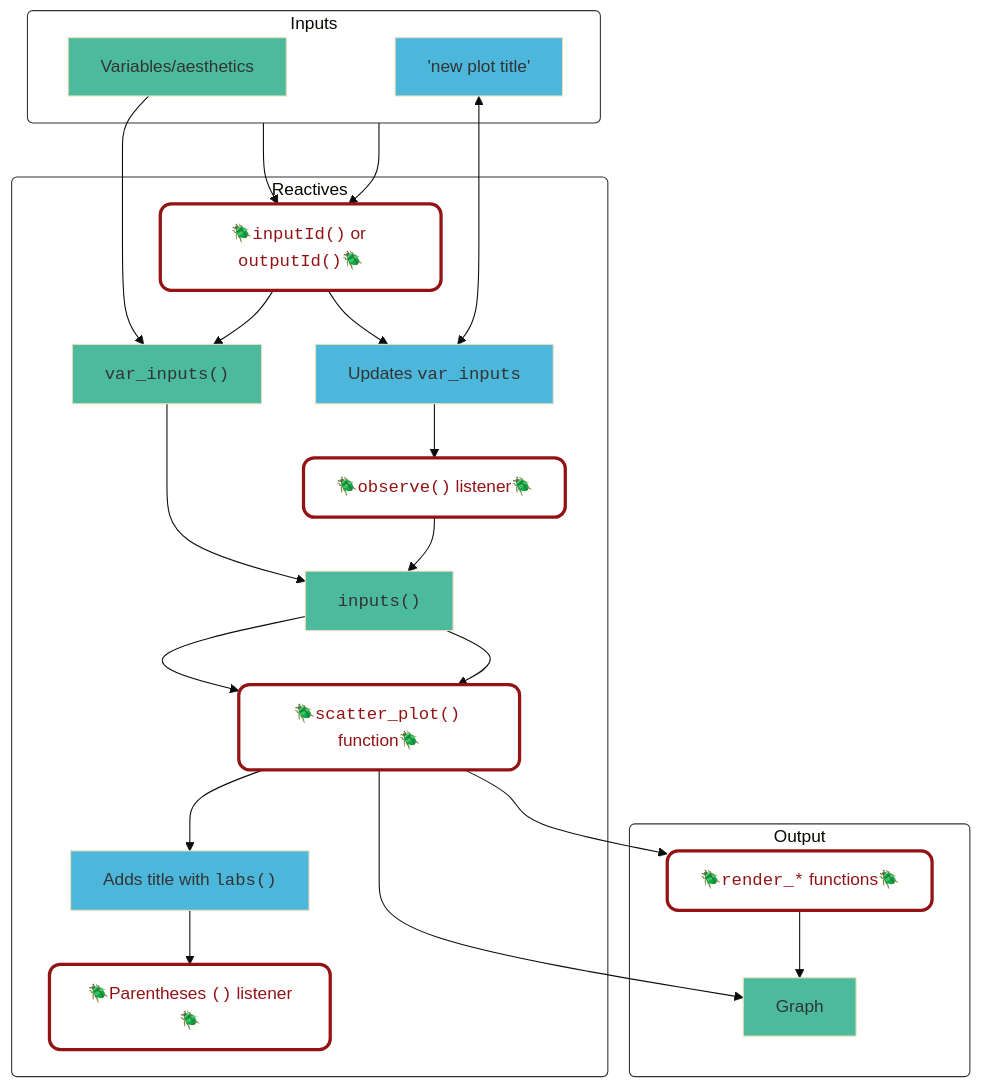
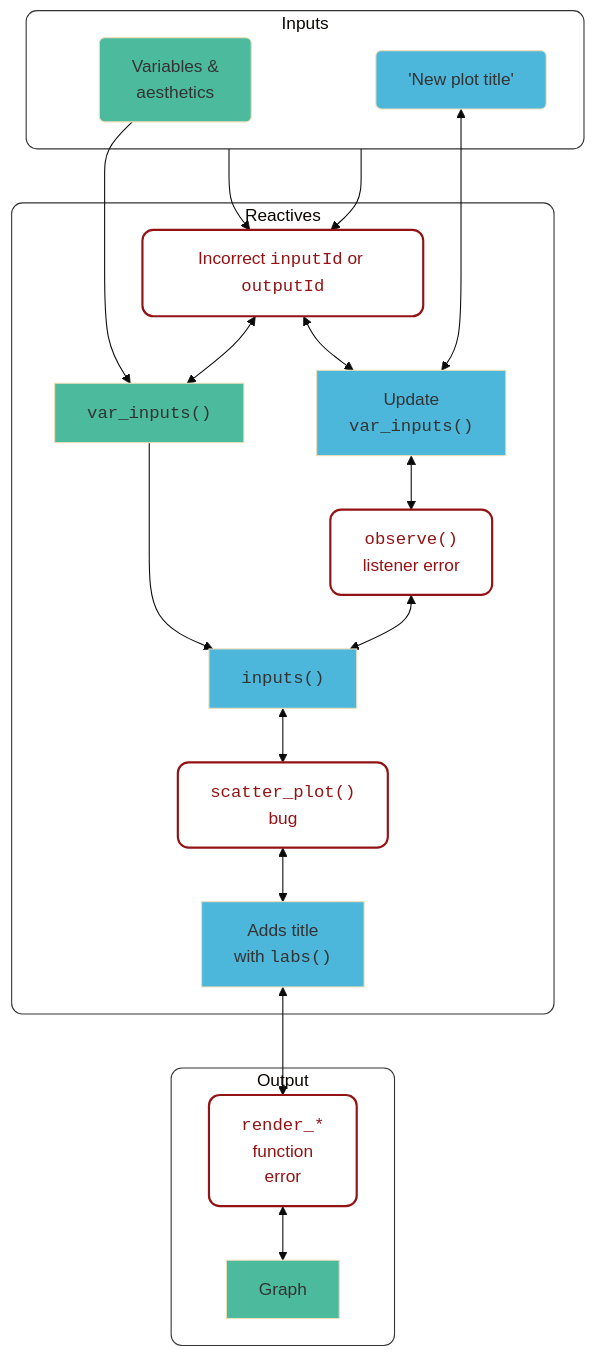
The third of 3 diagrams in debug.qmd (mjfrigaard/shiny-app-pkgs), drawn with Mermaid before and after one commit. The commit also changed other lines of this file and 32 other files, not shown here.

Commit message:
updates to debugging mermaid charts

````diff
--- a/debug.qmd
+++ b/debug.qmd
@@ -403,60 +414,68 @@
 ```{mermaid}
 %%| label: bugs_reactive
-%%| fig-width: 5
-%%| fig-height: 6
 %%| fig-align: center
 %%| fig-cap: '*Possible locations of bugs in a reactive model*'
 %%{init: {'theme': 'base', 'themeVariables': { 'fontFamily': 'monospace'}}}%%
-flowchart TD
+flowchart 
     subgraph Inputs["Inputs"]
-        VarInput[Variables/aesthetics]
-        TitleInput["'new plot title'"]
+        InputsVars["Variables & 
+                   aesthetics"]
+        InputsTitle[" 'New plot title' "]
         
     end
+    
     subgraph React["Reactives"]
-        R1["<code>var_inputs()</code>"]
-        R2["<code>inputs()</code>"]
-        R3["Updates <code>var_inputs</code>"]
-        R4["Adds title with <code>labs()</code>"]
-        B1["🪲<code>inputId()</code> or <code>outputId()</code>🪲"]
-        B2["🪲<code>scatter_plot()</code> function🪲"]
-        B3["🪲<code>observe()</code> listener🪲"]
-        B3["🪲<code>observe()</code> listener🪲"]
-        B4["🪲Parentheses <code>()</code> listener🪲"]
+        ReactVarInput["<code>var_inputs()</code>"]
+        ReactInput["<code>inputs()</code>"]
+        ReactUpdateVarInput["Update
+                             <code>var_inputs()</code>"]
+        ReactLabsTitle["Adds title 
+                        with <code>labs()</code>"]
+        BugIds["Incorrect <code>inputId</code> or <code>outputId</code>"]
+        BugObsListen["<code>observe()</code> 
+                      listener error"]
+        BugPlotFun["<code>scatter_plot()</code> 
+                    bug"]
+        
     end
+    
     subgraph Output["Output"]
-        O1[Graph]
-        B5["🪲<code>render_*</code> functions🪲"]
+        OutputGraph[Graph]
+        BugRenderFuns["<code>render_*</code> 
+                       function 
+                       error"]
     end
-    VarInput --> R1
-    Inputs --> B1 --> R1 
-    Inputs --> B1 --> R3
-    TitleInput <--> R3
-    R1 --> R2
-    R2 --> B2
-    B2 --> R4
-    R3 --> B3
-    B3 --> R2
-    R2 --> B2
-    B2 --> O1
-    R4 --> B4
-    B2 --> B5
-    B5 --> O1
 
 
-    style Inputs fill:#FFFFFF,stroke:#333,stroke-width:1px,rx:5,ry:5
-    style React fill:#FFFFFF,stroke:#333,stroke-width:1px,rx:5,ry:5
-    style Output fill:#FFFFFF,stroke:#333,stroke-width:1px,rx:5,ry:5
-    style VarInput fill:#4CBB9D
-    style TitleInput fill:#4CB7DB
-    style B1 fill:#FFFFFF,color:#931314,stroke:#931314,stroke-width:3px,rx:10,ry:10
-    style B2 fill:#FFFFFF,color:#931314,stroke:#931314,stroke-width:3px,rx:10,ry:10
-    style B3 fill:#FFFFFF,color:#931314,stroke:#931314,stroke-width:3px,rx:10,ry:10
-    style B4 fill:#FFFFFF,color:#931314,stroke:#931314,stroke-width:3px,rx:10,ry:10
-    style B5 fill:#FFFFFF,color:#931314,stroke:#931314,stroke-width:3px,rx:10,ry:10
-    style R1 fill:#4CBB9D
-    style R2 fill:#4CBB9D
-    style R3 fill:#4CB7DB
-    style R4 fill:#4CB7DB
-    style O1 fill:#4CBB9D
+    InputsVars --> ReactVarInput
+    Inputs --> BugIds <--> ReactVarInput 
+    Inputs --> BugIds <--> ReactUpdateVarInput
+    InputsTitle <--> ReactUpdateVarInput
+
+    ReactVarInput --> ReactInput 
+    ReactUpdateVarInput <--> BugObsListen
+    BugObsListen <--> ReactInput
+    ReactInput <--> BugPlotFun <--> ReactLabsTitle
+
+    ReactLabsTitle <--> BugRenderFuns <--> OutputGraph
+
+
+    style Inputs fill:#FFFFFF,stroke:#333,stroke-width:1px,rx:10,ry:10
+    style React fill:#FFFFFF,stroke:#333,stroke-width:1px,rx:10,ry:10
+    style Output fill:#FFFFFF,stroke:#333,stroke-width:1px,rx:10,ry:10
+    
+    style InputsVars fill:#4CBB9D,rx:5,ry:5
+    style InputsTitle fill:#4CB7DB,rx:5,ry:5
+
+    style ReactVarInput fill:#4CBB9D
+    style ReactInput fill:#4CB7DB
+    style ReactUpdateVarInput fill:#4CB7DB
+    style ReactLabsTitle fill:#4CB7DB
+    
+    style BugIds fill:#FFFFFF,color:#931314,stroke:#931314,stroke-width:2px,rx:10,ry:10
+    style BugPlotFun fill:#FFFFFF,color:#931314,stroke:#931314,stroke-width:2px,rx:10,ry:10
+    style BugObsListen fill:#FFFFFF,color:#931314,stroke:#931314,stroke-width:2px,rx:10,ry:10
+    style BugRenderFuns fill:#FFFFFF,color:#931314,stroke:#931314,stroke-width:2px,rx:10,ry:10
+
+    style OutputGraph fill:#4CBB9D
 ```
````
